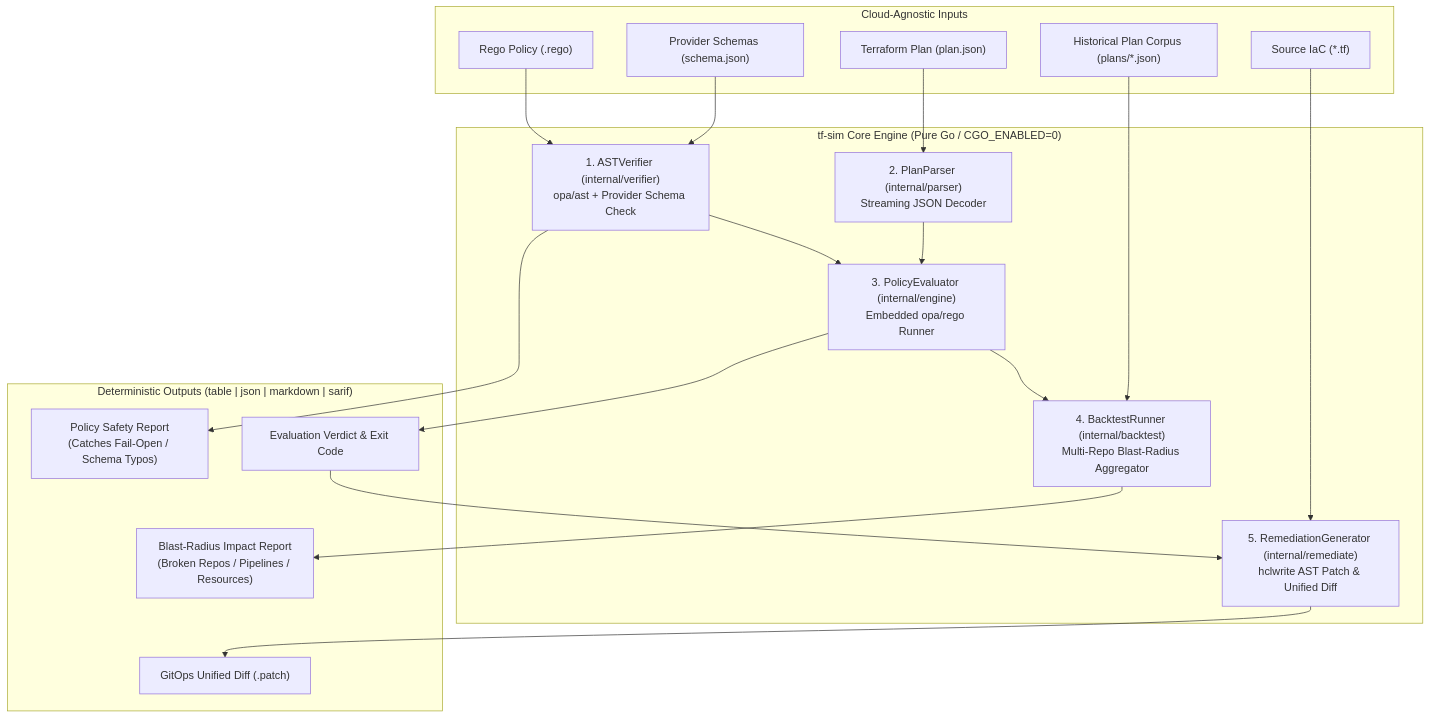
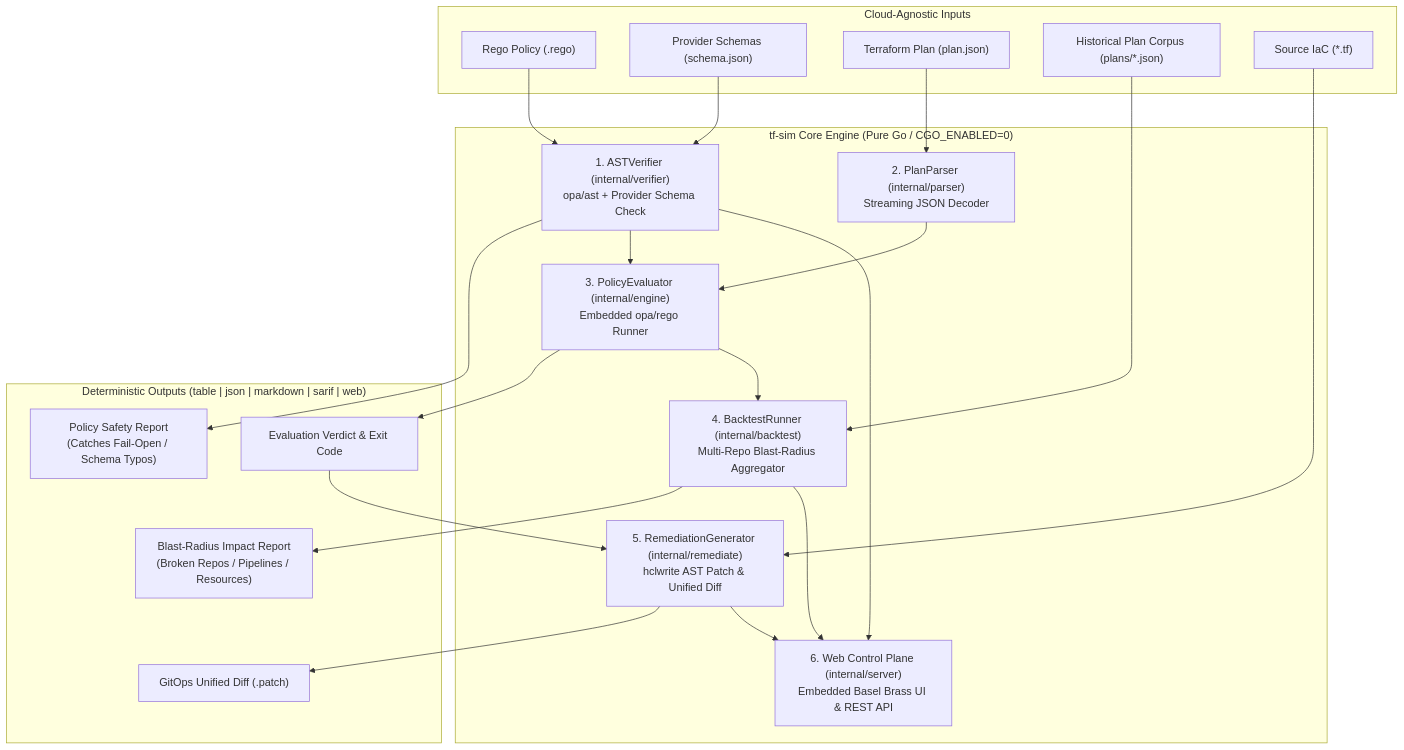
One commit to justr00t/tf-sim changed the diagram in README.md. Above: the diagram before and after it, drawn with Mermaid. The commit also changed other lines of this file and 9 other files, not shown here.

Commit message:
feat(server,cli): add embedded Basel Brass web control plane and browser file uploader (#7)

````diff
--- a/README.md
+++ b/README.md
@@ -33,42 +34,47 @@
 ```mermaid
 flowchart TD
     subgraph Inputs["Cloud-Agnostic Inputs"]
         Rego["Rego Policy (.rego)"]
         Schema["Provider Schemas (schema.json)"]
         Plan["Terraform Plan (plan.json)"]
         History["Historical Plan Corpus (plans/*.json)"]
         HCL["Source IaC (*.tf)"]
     end
 
     subgraph Core["tf-sim Core Engine (Pure Go / CGO_ENABLED=0)"]
         Verifier["1. ASTVerifier (internal/verifier)\nopa/ast + Provider Schema Check"]
         Parser["2. PlanParser (internal/parser)\nStreaming JSON Decoder"]
         Evaluator["3. PolicyEvaluator (internal/engine)\nEmbedded opa/rego Runner"]
         Backtester["4. BacktestRunner (internal/backtest)\nMulti-Repo Blast-Radius Aggregator"]
         Remediator["5. RemediationGenerator (internal/remediate)\nhclwrite AST Patch & Unified Diff"]
+        WebServer["6. Web Control Plane (internal/server)\nEmbedded Basel Brass UI & REST API"]
     end
 
-    subgraph Outputs["Deterministic Outputs (table | json | markdown | sarif)"]
+    subgraph Outputs["Deterministic Outputs (table | json | markdown | sarif | web)"]
         VerifyOut["Policy Safety Report\n(Catches Fail-Open / Schema Typos)"]
         EvalOut["Evaluation Verdict & Exit Code"]
         BlastOut["Blast-Radius Impact Report\n(Broken Repos / Pipelines / Resources)"]
         DiffOut["GitOps Unified Diff (.patch)"]
     end
 
     Rego --> Verifier
     Schema --> Verifier
     Verifier --> VerifyOut
     Verifier --> Evaluator
 
     Plan --> Parser
     Parser --> Evaluator
     Evaluator --> EvalOut
 
     History --> Backtester
     Evaluator --> Backtester
     Backtester --> BlastOut
 
     EvalOut --> Remediator
     HCL --> Remediator
     Remediator --> DiffOut
+
+    Verifier --> WebServer
+    Backtester --> WebServer
+    Remediator --> WebServer
 ```
````
